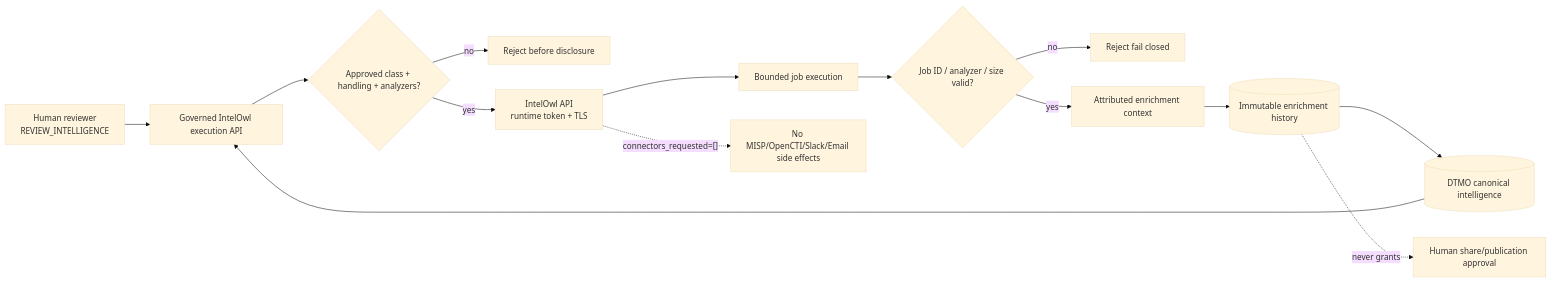
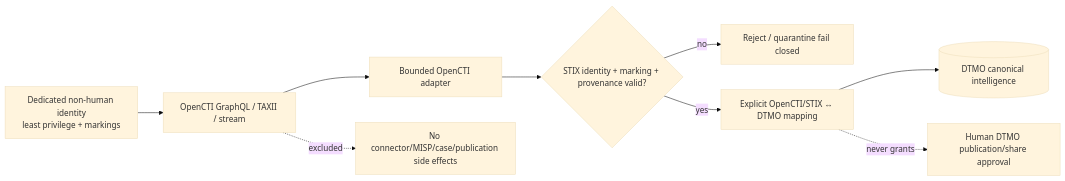
The diagram in docs/README.md (GJvManen/dtmo), drawn with Mermaid (base theme) before and after one commit. The commit also changed other lines of this file, not shown here.

Commit message:
Phase 11.4: expose OpenCTI documentation

````diff
--- a/docs/README.md
+++ b/docs/README.md
@@ -57,16 +56,11 @@
 ```mermaid
 flowchart LR
-    H[Human reviewer\nREVIEW_INTELLIGENCE] --> E[Governed IntelOwl execution API]
-    C[(DTMO canonical intelligence)] --> E
-    E --> P{Approved class + handling + analyzers?}
-    P -->|no| R[Reject before disclosure]
-    P -->|yes| I[IntelOwl API\nruntime token + TLS]
-    I --> J[Bounded job execution]
-    J --> V{Job ID / analyzer / size valid?}
-    V -->|no| Q[Reject fail closed]
-    V -->|yes| N[Attributed enrichment context]
-    N --> D[(Immutable enrichment history)]
-    D --> C
-    I -. connectors_requested=[] .-> X[No MISP/OpenCTI/Slack/Email side effects]
-    D -. never grants .-> S[Human share/publication approval]
+    O[OpenCTI GraphQL / TAXII / stream] --> A[Bounded OpenCTI adapter]
+    I[Dedicated non-human identity\nleast privilege + markings] --> O
+    A --> V{STIX identity + marking + provenance valid?}
+    V -->|no| X[Reject / quarantine fail closed]
+    V -->|yes| M[Explicit OpenCTI/STIX ↔ DTMO mapping]
+    M --> D[(DTMO canonical intelligence)]
+    M -. never grants .-> S[Human DTMO publication/share approval]
+    O -. excluded .-> N[No connector/MISP/case/publication side effects]
 ```
````
